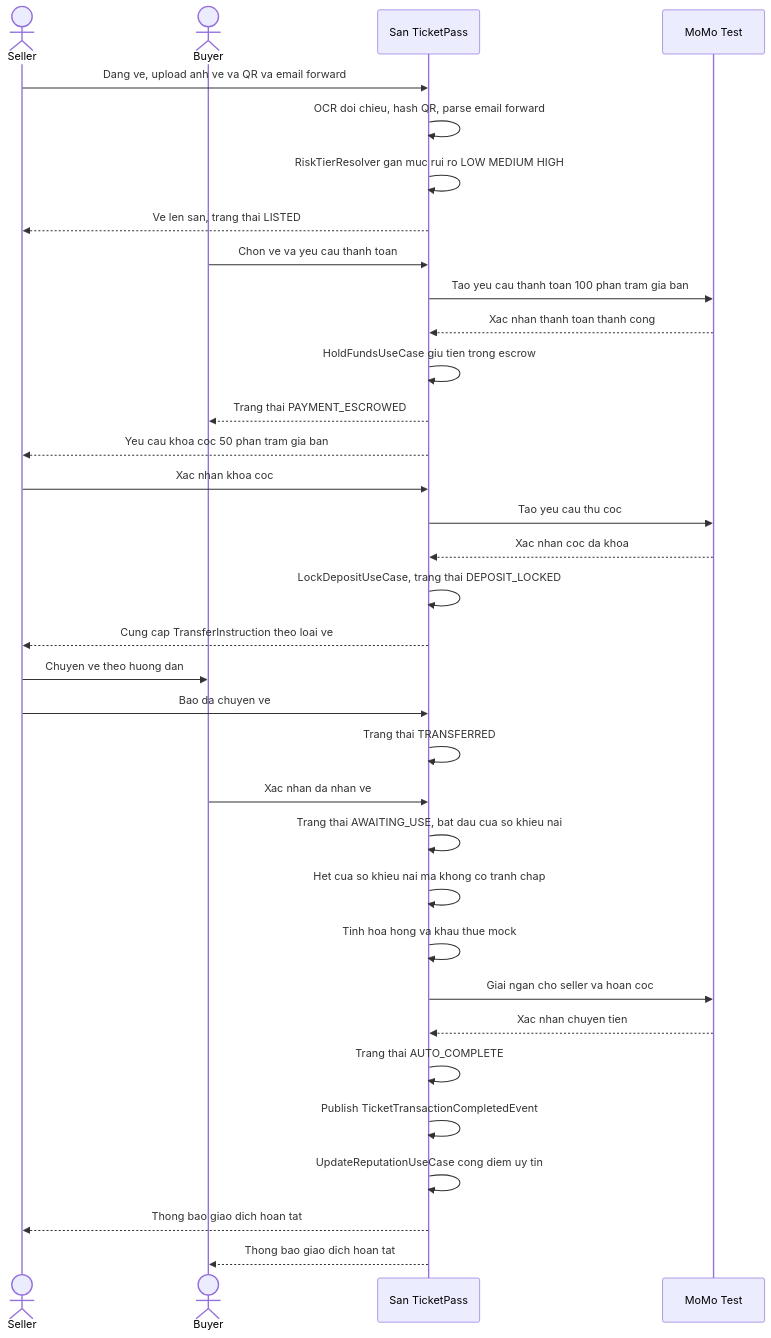
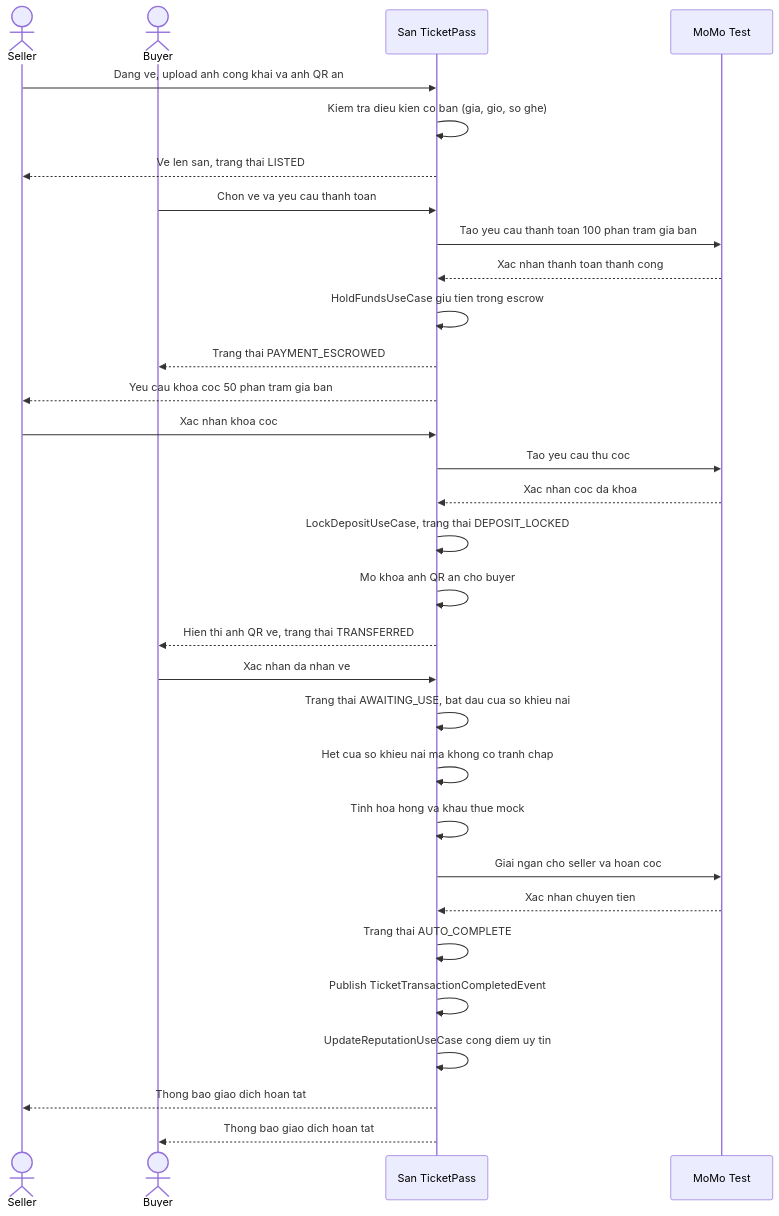
Before and after one commit to KemCheese/project_oop: the diagram in design-note/00-tong-quan-du-an.md, drawn with Mermaid. The commit also changed other lines of this file and 37 other files, not shown here.

````diff
--- a/design-note/00-tong-quan-du-an.md
+++ b/design-note/00-tong-quan-du-an.md
@@ -109,42 +142,39 @@
 ```mermaid
 sequenceDiagram
     actor Seller
     actor Buyer
     participant San as San TicketPass
     participant MoMo as MoMo Test
 
-    Seller->>San: Dang ve, upload anh ve va QR va email forward
-    San->>San: OCR doi chieu, hash QR, parse email forward
-    San->>San: RiskTierResolver gan muc rui ro LOW MEDIUM HIGH
+    Seller->>San: Dang ve, upload anh cong khai va anh QR an
+    San->>San: Kiem tra dieu kien co ban (gia, gio, so ghe)
     San-->>Seller: Ve len san, trang thai LISTED
 
     Buyer->>San: Chon ve va yeu cau thanh toan
     San->>MoMo: Tao yeu cau thanh toan 100 phan tram gia ban
     MoMo-->>San: Xac nhan thanh toan thanh cong
     San->>San: HoldFundsUseCase giu tien trong escrow
     San-->>Buyer: Trang thai PAYMENT_ESCROWED
 
     San-->>Seller: Yeu cau khoa coc 50 phan tram gia ban
     Seller->>San: Xac nhan khoa coc
     San->>MoMo: Tao yeu cau thu coc
     MoMo-->>San: Xac nhan coc da khoa
     San->>San: LockDepositUseCase, trang thai DEPOSIT_LOCKED
 
-    San-->>Seller: Cung cap TransferInstruction theo loai ve
-    Seller->>Buyer: Chuyen ve theo huong dan
-    Seller->>San: Bao da chuyen ve
-    San->>San: Trang thai TRANSFERRED
+    San->>San: Mo khoa anh QR an cho buyer
+    San-->>Buyer: Hien thi anh QR ve, trang thai TRANSFERRED
 
     Buyer->>San: Xac nhan da nhan ve
     San->>San: Trang thai AWAITING_USE, bat dau cua so khieu nai
 
     San->>San: Het cua so khieu nai ma khong co tranh chap
     San->>San: Tinh hoa hong va khau thue mock
     San->>MoMo: Giai ngan cho seller va hoan coc
     MoMo-->>San: Xac nhan chuyen tien
     San->>San: Trang thai AUTO_COMPLETE
     San->>San: Publish TicketTransactionCompletedEvent
     San->>San: UpdateReputationUseCase cong diem uy tin
     San-->>Seller: Thong bao giao dich hoan tat
     San-->>Buyer: Thong bao giao dich hoan tat
 ```
````
